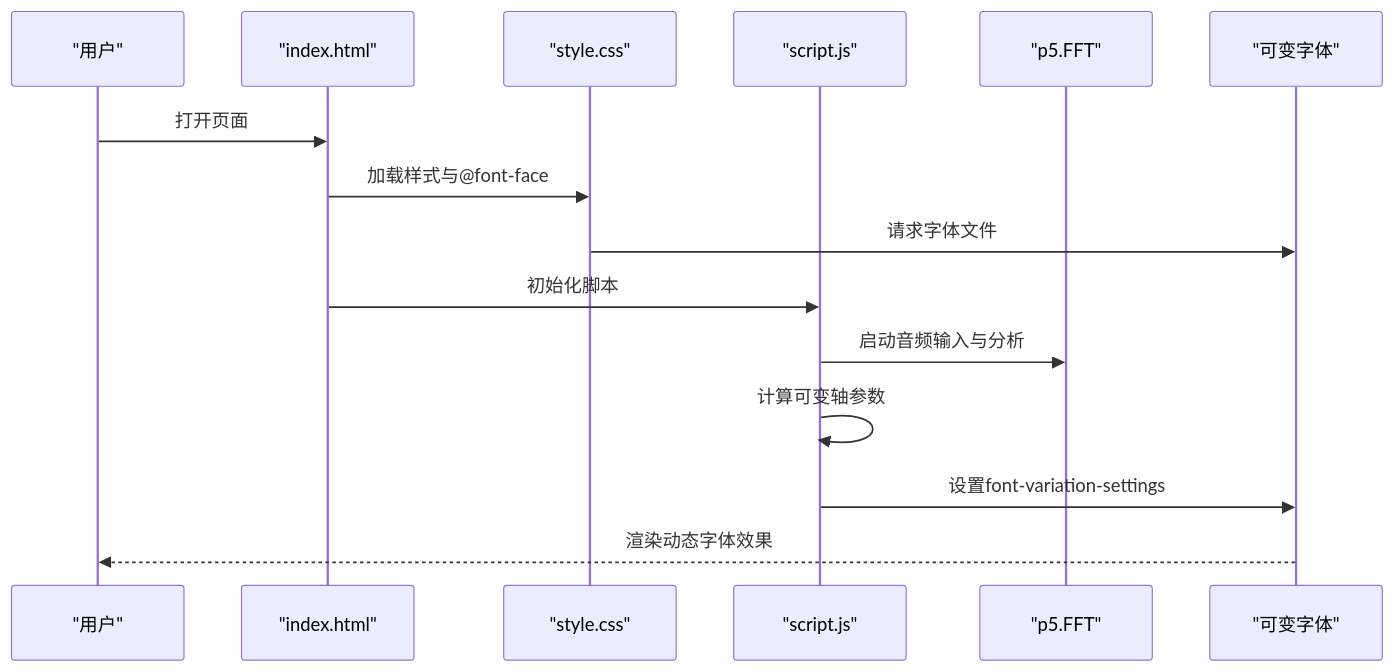
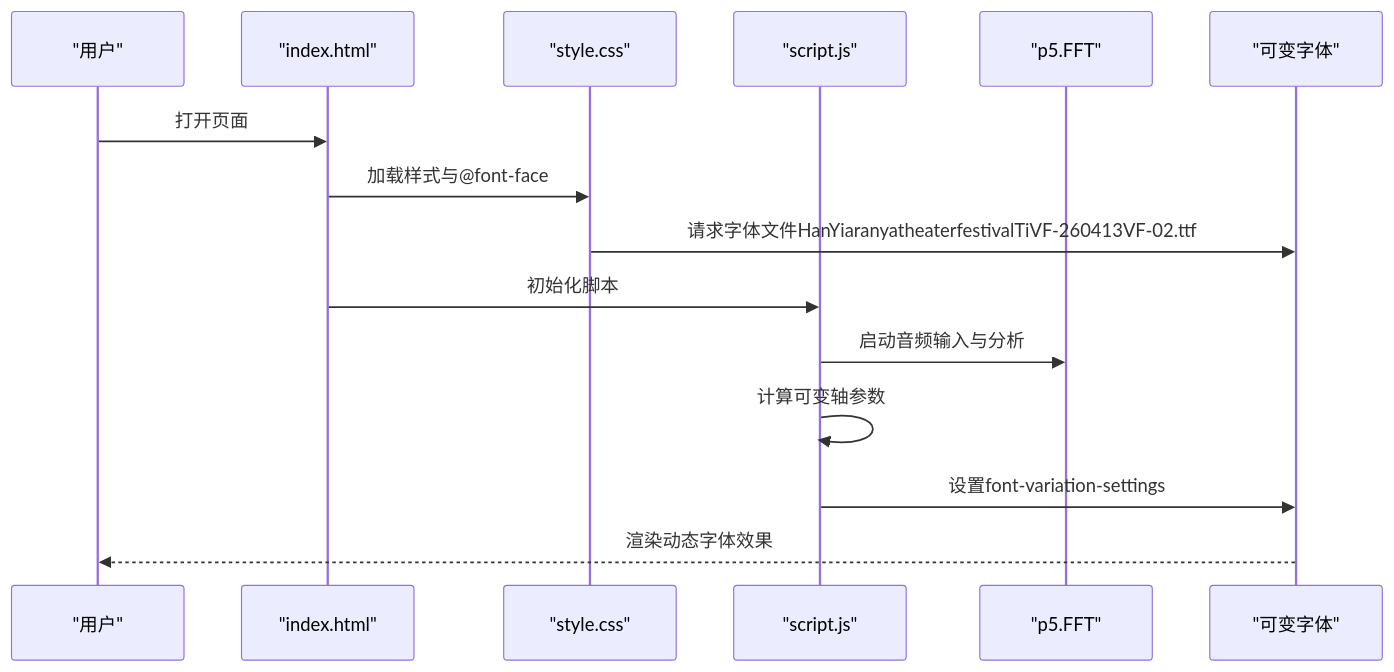
Before and after one commit to db300/MySymphosizer: the second of 5 diagrams in .qoder/repowiki/zh/content/样式系统设计/字体加载机制.md, drawn with Mermaid. The commit also changed other lines of this file and 5 other files, not shown here.

````diff
--- a/.qoder/repowiki/zh/content/样式系统设计/字体加载机制.md
+++ b/.qoder/repowiki/zh/content/样式系统设计/字体加载机制.md
@@ -74,17 +80,17 @@
 ```mermaid
 sequenceDiagram
 participant U as "用户"
 participant HTML as "index.html"
 participant CSS as "style.css"
 participant JS as "script.js"
 participant FFT as "p5.FFT"
 participant Font as "可变字体"
 U->>HTML : 打开页面
 HTML->>CSS : 加载样式与@font-face
-CSS->>Font : 请求字体文件
+CSS->>Font : 请求字体文件HanYiaranyatheaterfestivalTiVF-260413VF-02.ttf
 HTML->>JS : 初始化脚本
 JS->>FFT : 启动音频输入与分析
 JS->>JS : 计算可变轴参数
 JS->>Font : 设置font-variation-settings
 Font-->>U : 渲染动态字体效果
 ```
````
